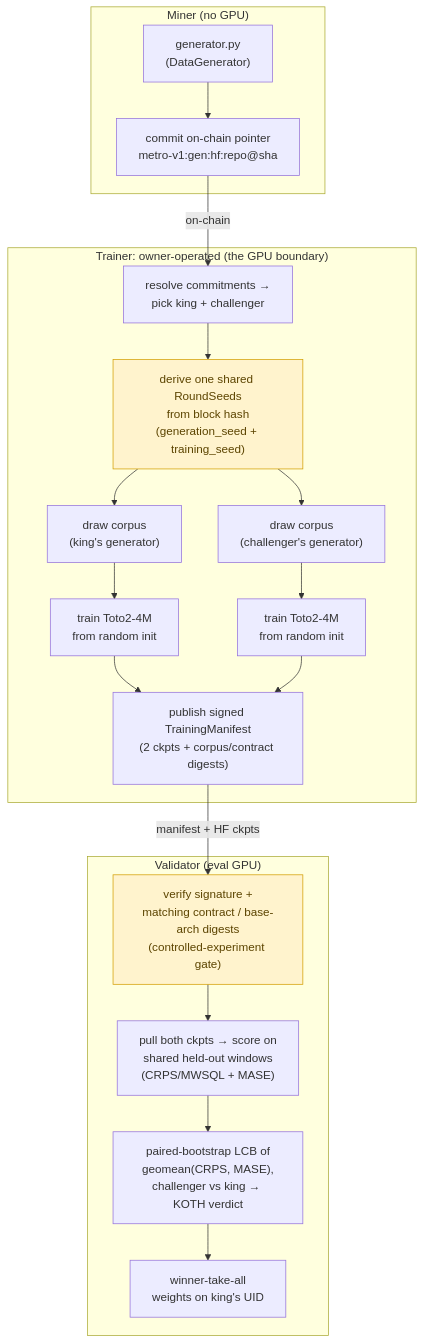
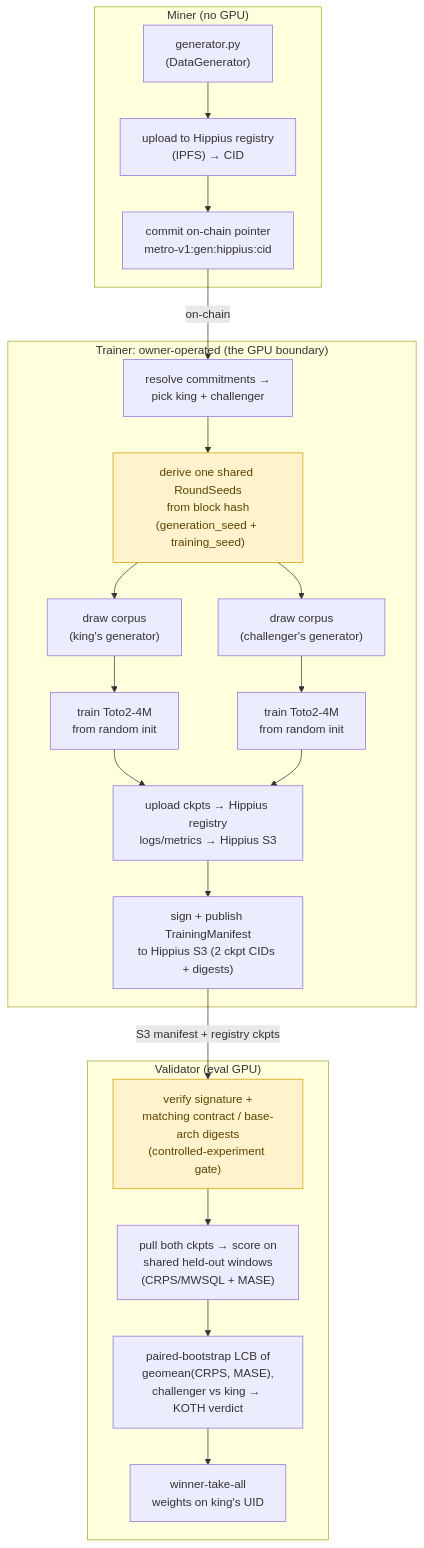
Before and after one commit to TensorLink-AI/cascade: the diagram in README.md, drawn with Mermaid. The commit also changed other lines of this file and 29 other files, not shown here.

````diff
--- a/README.md
+++ b/README.md
@@ -18,35 +18,37 @@
 ```mermaid
 flowchart TD
     subgraph miner["Miner (no GPU)"]
         gen["generator.py<br/>(DataGenerator)"]
-        commit["commit on-chain pointer<br/>metro-v1:gen:hf:repo@sha"]
-        gen --> commit
+        upload["upload to Hippius registry<br/>(IPFS) → CID"]
+        commit["commit on-chain pointer<br/>metro-v1:gen:hippius:cid"]
+        gen --> upload --> commit
     end
 
     subgraph trainer["Trainer: owner-operated (the GPU boundary)"]
         resolve["resolve commitments →<br/>pick king + challenger"]
         seeds["derive one shared RoundSeeds<br/>from block hash<br/>(generation_seed + training_seed)"]
         corpusK["draw corpus<br/>(king's generator)"]
         corpusC["draw corpus<br/>(challenger's generator)"]
         trainK["train Toto2-4M<br/>from random init"]
         trainC["train Toto2-4M<br/>from random init"]
-        manifest["publish signed TrainingManifest<br/>(2 ckpts + corpus/contract digests)"]
+        upK["upload ckpts → Hippius registry<br/>logs/metrics → Hippius S3"]
+        manifest["sign + publish TrainingManifest<br/>to Hippius S3 (2 ckpt CIDs + digests)"]
         resolve --> seeds
-        seeds --> corpusK --> trainK --> manifest
-        seeds --> corpusC --> trainC --> manifest
+        seeds --> corpusK --> trainK --> upK --> manifest
+        seeds --> corpusC --> trainC --> upK
     end
 
     subgraph validator["Validator (eval GPU)"]
         gate["verify signature +<br/>matching contract / base-arch digests<br/>(controlled-experiment gate)"]
         eval["pull both ckpts → score on<br/>shared held-out windows<br/>(CRPS/MWSQL + MASE)"]
         koth["paired-bootstrap LCB of<br/>geomean(CRPS, MASE),<br/>challenger vs king → KOTH verdict"]
         weights["winner-take-all<br/>weights on king's UID"]
         gate --> eval --> koth --> weights
     end
 
     commit -->|on-chain| resolve
-    manifest -->|manifest + HF ckpts| gate
+    manifest -->|S3 manifest + registry ckpts| gate
 
     classDef invariant fill:#fff3cd,stroke:#d39e00,color:#5c4400;
     class seeds,gate invariant;
 ```
````
